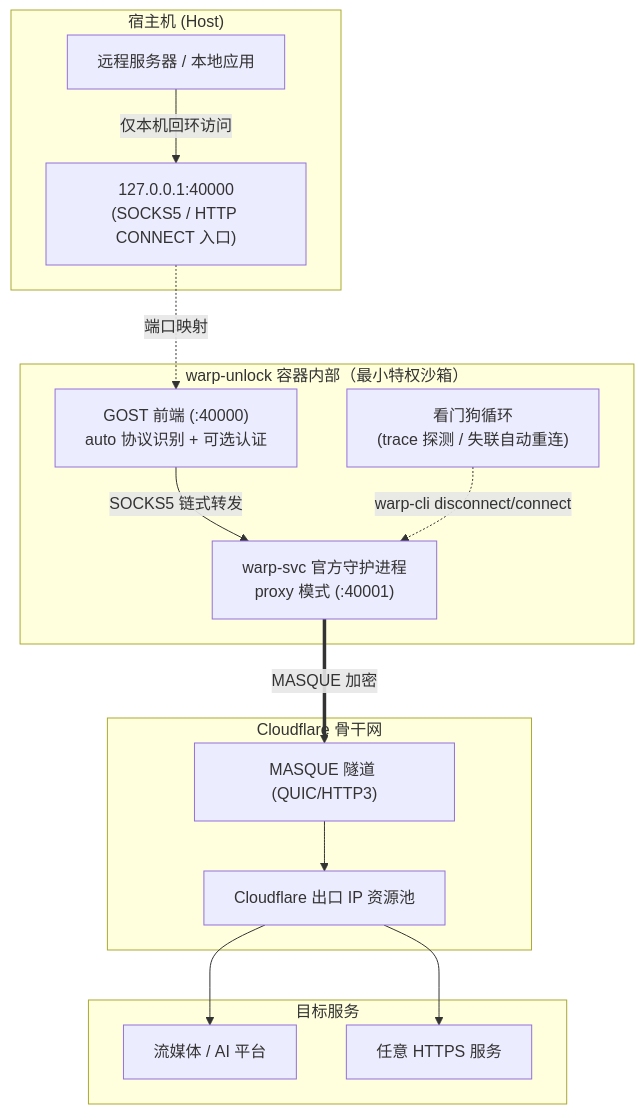
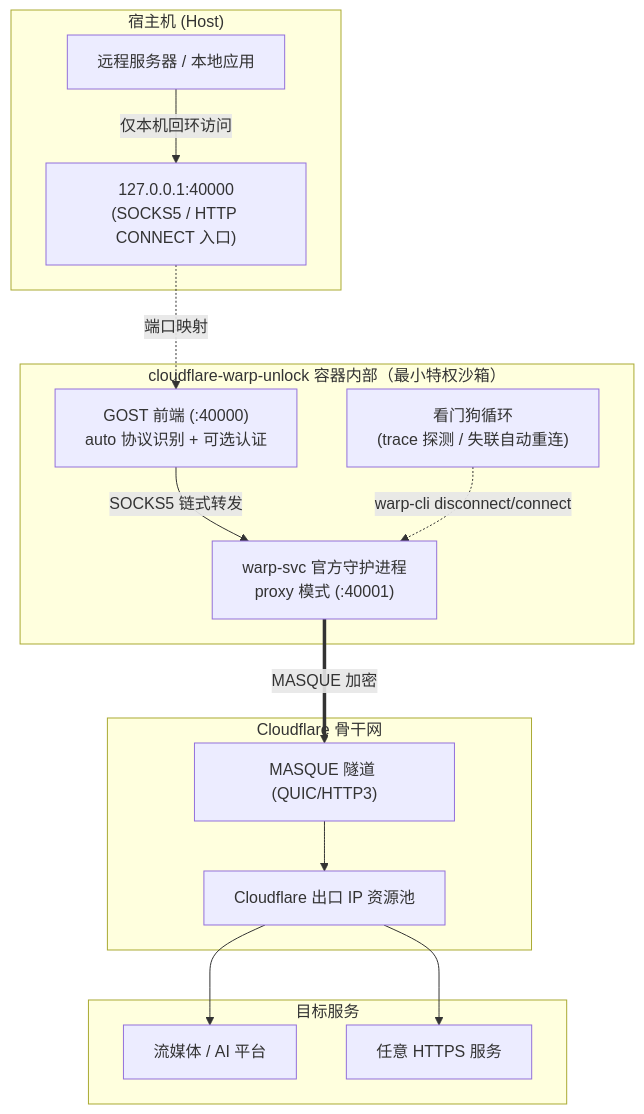
The diagram in README.md (hausthy/cloudflare-warp-unlock), drawn with Mermaid before and after one commit. The commit also changed other lines of this file and 1 other file, not shown here.

Commit message:
refactor: rename compose service/container to cloudflare-warp-unlock; sync README commands

````diff
--- a/README.md
+++ b/README.md
@@ -41,31 +41,31 @@
 ```mermaid
 flowchart TD
     subgraph Host["宿主机 (Host)"]
         Client["远程服务器 / 本地应用"]
         SocksPort["127.0.0.1:40000<br>(SOCKS5 / HTTP CONNECT 入口)"]
         Client -->|仅本机回环访问| SocksPort
     end
 
-    subgraph Container["warp-unlock 容器内部（最小特权沙箱）"]
+    subgraph Container["cloudflare-warp-unlock 容器内部（最小特权沙箱）"]
         Gost["GOST 前端 (:40000)<br>auto 协议识别 + 可选认证"]
         WarpSvc["warp-svc 官方守护进程<br>proxy 模式 (:40001)"]
         Watchdog["看门狗循环<br>(trace 探测 / 失联自动重连)"]
         SocksPort -.->|端口映射| Gost
         Gost -->|SOCKS5 链式转发| WarpSvc
         Watchdog -.->|warp-cli disconnect/connect| WarpSvc
     end
 
     subgraph Cloudflare["Cloudflare 骨干网"]
         Endpoint["MASQUE 隧道 (QUIC/HTTP3)"]
         CFIP["Cloudflare 出口 IP 资源池"]
         WarpSvc ==>|MASQUE 加密| Endpoint
         Endpoint --> CFIP
     end
 
     subgraph Targets["目标服务"]
         Netflix["流媒体 / AI 平台"]
         Any["任意 HTTPS 服务"]
         CFIP --> Netflix
         CFIP --> Any
     end
 ```
````
